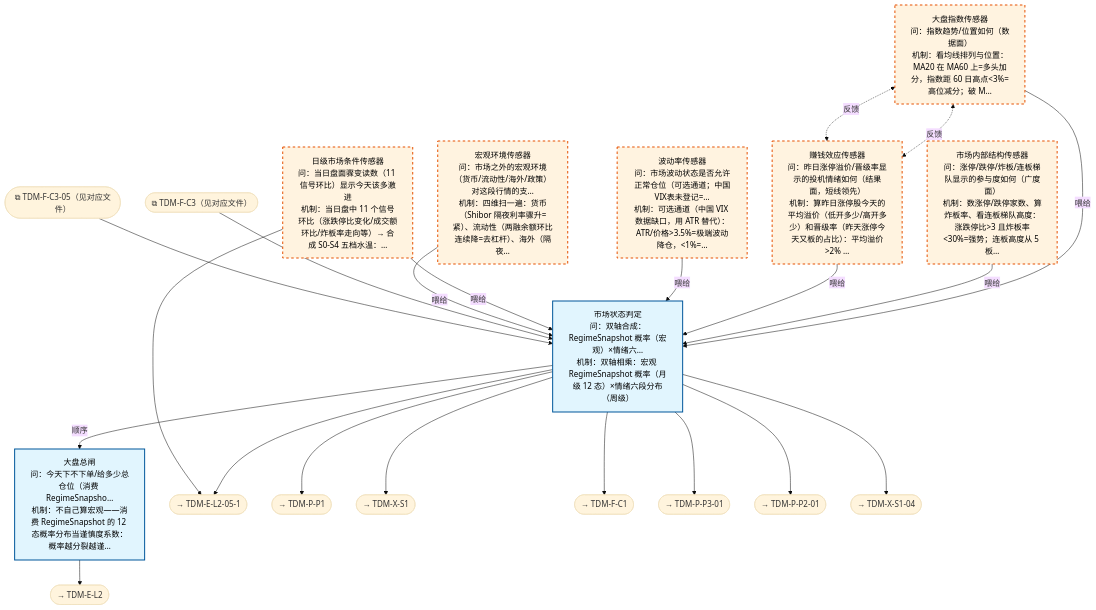
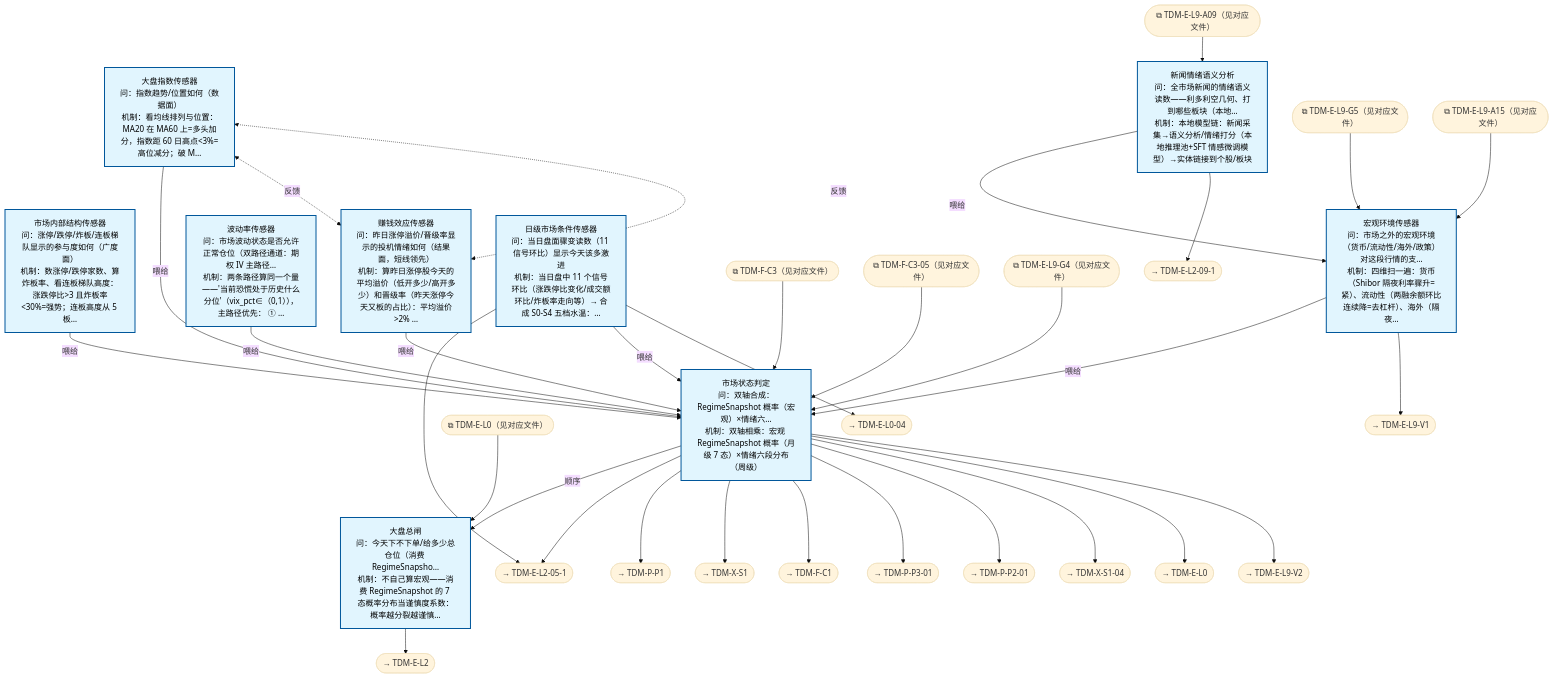
One commit to xuanFelixVan/ZephyrAlpha changed the diagram in docs/02_enterprise_architecture/10_trading_map/trading_map_01_e_l1_regime.md. Above: the diagram before and after it, drawn with Mermaid (base theme). The commit also changed other lines of this file and 15 other files, not shown here.

````diff
--- a/docs/02_enterprise_architecture/10_trading_map/trading_map_01_e_l1_regime.md
+++ b/docs/02_enterprise_architecture/10_trading_map/trading_map_01_e_l1_regime.md
@@ -21,38 +21,54 @@
 ```mermaid
 flowchart TD
-  TDM_E_L1["大盘总闸<br/>问：今天下不下单/给多少总仓位（消费 RegimeSnapsho…<br/>机制：不自己算宏观——消费 RegimeSnapshot 的 12 态概率分布当谨慎度系数：概率越分裂越谨…"]
+  TDM_E_L1["大盘总闸<br/>问：今天下不下单/给多少总仓位（消费 RegimeSnapsho…<br/>机制：不自己算宏观——消费 RegimeSnapshot 的 7 态概率分布当谨慎度系数：概率越分裂越谨慎…"]
   TDM_E_L1_S1["大盘指数传感器<br/>问：指数趋势/位置如何（数据面）<br/>机制：看均线排列与位置：MA20 在 MA60 上=多头加分，指数距 60 日高点<3%=高位减分；破 M…"]
   TDM_E_L1_S2["市场内部结构传感器<br/>问：涨停/跌停/炸板/连板梯队显示的参与度如何（广度面）<br/>机制：数涨停/跌停家数、算炸板率、看连板梯队高度：涨跌停比>3 且炸板率<30%=强势；连板高度从 5 板…"]
   TDM_E_L1_S3["赚钱效应传感器<br/>问：昨日涨停溢价/晋级率显示的投机情绪如何（结果面，短线领先）<br/>机制：算昨日涨停股今天的平均溢价（低开多少/高开多少）和晋级率（昨天涨停今天又板的占比）：平均溢价>2% …"]
-  TDM_E_L1_S4["波动率传感器<br/>问：市场波动状态是否允许正常仓位（可选通道；中国VIX表未登记=…<br/>机制：可选通道（中国 VIX 数据缺口，用 ATR 替代）：ATR/价格>3.5%=极端波动降仓，<1%=…"]
+  TDM_E_L1_S4["波动率传感器<br/>问：市场波动状态是否允许正常仓位（双路径通道：期权 IV 主路径…<br/>机制：两条路径算同一个量——'当前恐慌处于历史什么分位'（vix_pct∈（0,1）），主路径优先： ① …"]
   TDM_E_L1_S0["宏观环境传感器<br/>问：市场之外的宏观环境（货币/流动性/海外/政策）对这段行情的支…<br/>机制：四维扫一遍：货币（Shibor 隔夜利率骤升=紧）、流动性（两融余额环比连续降=去杠杆）、海外（隔夜…"]
+  TDM_E_L1_S0_1["新闻情绪语义分析<br/>问：全市场新闻的情绪语义读数——利多利空几何、打到哪些板块（本地…<br/>机制：本地模型链：新闻采集→语义分析/情绪打分（本地推理池+SFT 情感微调模型）→实体链接到个股/板块"]
   TDM_E_L1_S5["日级市场条件传感器<br/>问：当日盘面骤变读数（11 信号环比）显示今天该多激进<br/>机制：当日盘中 11 个信号环比（涨跌停比变化/成交额环比/炸板率走向等）→ 合成 S0-S4 五档水温：…"]
-  TDM_E_L1_AGG["市场状态判定<br/>问：双轴合成：RegimeSnapshot 概率（宏观）×情绪六…<br/>机制：双轴相乘：宏观 RegimeSnapshot 概率（月级 12 态）×情绪六段分布（周级）"]
+  TDM_E_L1_AGG["市场状态判定<br/>问：双轴合成：RegimeSnapshot 概率（宏观）×情绪六…<br/>机制：双轴相乘：宏观 RegimeSnapshot 概率（月级 7 态）×情绪六段分布（周级）"]
   EXT_TDM_F_C3(["⧉ TDM-F-C3（见对应文件）"])
   EXT_TDM_F_C3_05(["⧉ TDM-F-C3-05（见对应文件）"])
+  EXT_TDM_E_L9_G4(["⧉ TDM-E-L9-G4（见对应文件）"])
+  EXT_TDM_E_L0(["⧉ TDM-E-L0（见对应文件）"])
+  EXT_TDM_E_L9_G5(["⧉ TDM-E-L9-G5（见对应文件）"])
+  EXT_TDM_E_L9_A15(["⧉ TDM-E-L9-A15（见对应文件）"])
+  EXT_TDM_E_L9_A09(["⧉ TDM-E-L9-A09（见对应文件）"])
   TDM_E_L1_S1 -->|喂给| TDM_E_L1_AGG
   TDM_E_L1_S2 -->|喂给| TDM_E_L1_AGG
   TDM_E_L1_S3 -->|喂给| TDM_E_L1_AGG
   TDM_E_L1_S4 -->|喂给| TDM_E_L1_AGG
   TDM_E_L1_S1 <-.->|反馈| TDM_E_L1_S3
   TDM_E_L1_AGG -->|顺序| TDM_E_L1
   TDM_E_L1_AGG --> EXT_OUT_TDM_E_L2_05_1([→ TDM-E-L2-05-1])
   TDM_E_L1_S5 --> EXT_OUT_TDM_E_L2_05_1([→ TDM-E-L2-05-1])
   TDM_E_L1_S5 -->|喂给| TDM_E_L1_AGG
+  TDM_E_L1_S5 --> EXT_OUT_TDM_E_L0_04([→ TDM-E-L0-04])
   TDM_E_L1_S0 -->|喂给| TDM_E_L1_AGG
   TDM_E_L1 --> EXT_OUT_TDM_E_L2([→ TDM-E-L2])
   TDM_E_L1_AGG --> EXT_OUT_TDM_P_P1([→ TDM-P-P1])
   TDM_E_L1_AGG --> EXT_OUT_TDM_X_S1([→ TDM-X-S1])
   TDM_E_L1_S3 <-.->|反馈| TDM_E_L1_S1
   TDM_E_L1_AGG --> EXT_OUT_TDM_F_C1([→ TDM-F-C1])
   EXT_TDM_F_C3 --> TDM_E_L1_AGG
   TDM_E_L1_AGG --> EXT_OUT_TDM_P_P3_01([→ TDM-P-P3-01])
   TDM_E_L1_AGG --> EXT_OUT_TDM_P_P2_01([→ TDM-P-P2-01])
   EXT_TDM_F_C3_05 --> TDM_E_L1_AGG
   TDM_E_L1_AGG --> EXT_OUT_TDM_X_S1_04([→ TDM-X-S1-04])
+  TDM_E_L1_AGG --> EXT_OUT_TDM_E_L0([→ TDM-E-L0])
+  EXT_TDM_E_L0 --> TDM_E_L1
+  TDM_E_L1_S0_1 -->|喂给| TDM_E_L1_S0
+  TDM_E_L1_S0_1 --> EXT_OUT_TDM_E_L2_09_1([→ TDM-E-L2-09-1])
+  EXT_TDM_E_L9_G4 --> TDM_E_L1_AGG
+  EXT_TDM_E_L9_G5 --> TDM_E_L1_S0
+  TDM_E_L1_S0 --> EXT_OUT_TDM_E_L9_V1([→ TDM-E-L9-V1])
+  TDM_E_L1_AGG --> EXT_OUT_TDM_E_L9_V2([→ TDM-E-L9-V2])
+  EXT_TDM_E_L9_A09 --> TDM_E_L1_S0_1
+  EXT_TDM_E_L9_A15 --> TDM_E_L1_S0
   classDef production fill:#e1f5fe,stroke:#01579b,stroke-width:2px,color:#000;
   classDef design fill:#fff3e0,stroke:#e65100,stroke-width:2px,color:#000,stroke-dasharray: 5 5;
   classDef paper fill:#e8f5e9,stroke:#2e7d32,stroke-width:2.5px,color:#000;
-  class TDM_E_L1,TDM_E_L1_AGG production;
-  class TDM_E_L1_S1,TDM_E_L1_S2,TDM_E_L1_S3,TDM_E_L1_S4,TDM_E_L1_S0,TDM_E_L1_S5 design;
+  class TDM_E_L1,TDM_E_L1_S1,TDM_E_L1_S2,TDM_E_L1_S3,TDM_E_L1_S4,TDM_E_L1_S0,TDM_E_L1_S0_1,TDM_E_L1_S5,TDM_E_L1_AGG production;
 ```
````
